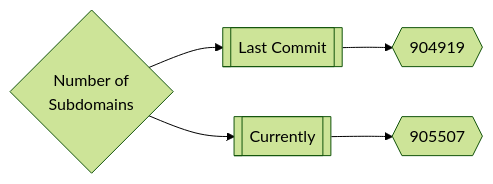
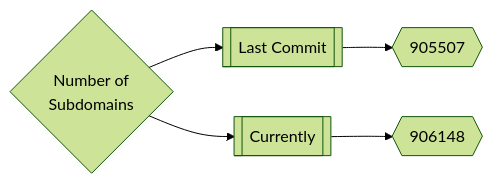
Before and after one commit to trickest/inventory: the first of 3 diagrams in README.md, drawn with Mermaid (forest theme). The commit also changed other lines of this file, not shown here.

Commit message:
Update README.md Sat Jul 16 21:07:17 UTC 2022

````diff
--- a/README.md
+++ b/README.md
@@ -167,5 +167,5 @@
 ```mermaid
 graph LR
-title{Number of<br>Subdomains} --> subdomainsDate1[[Last Commit]] --> subdomainsNum1{{904919}}
-title --> subdomainsDate2[[Currently]] --> subdomainsNum2{{905507}}
+title{Number of<br>Subdomains} --> subdomainsDate1[[Last Commit]] --> subdomainsNum1{{905507}}
+title --> subdomainsDate2[[Currently]] --> subdomainsNum2{{906148}}
 ```
````
